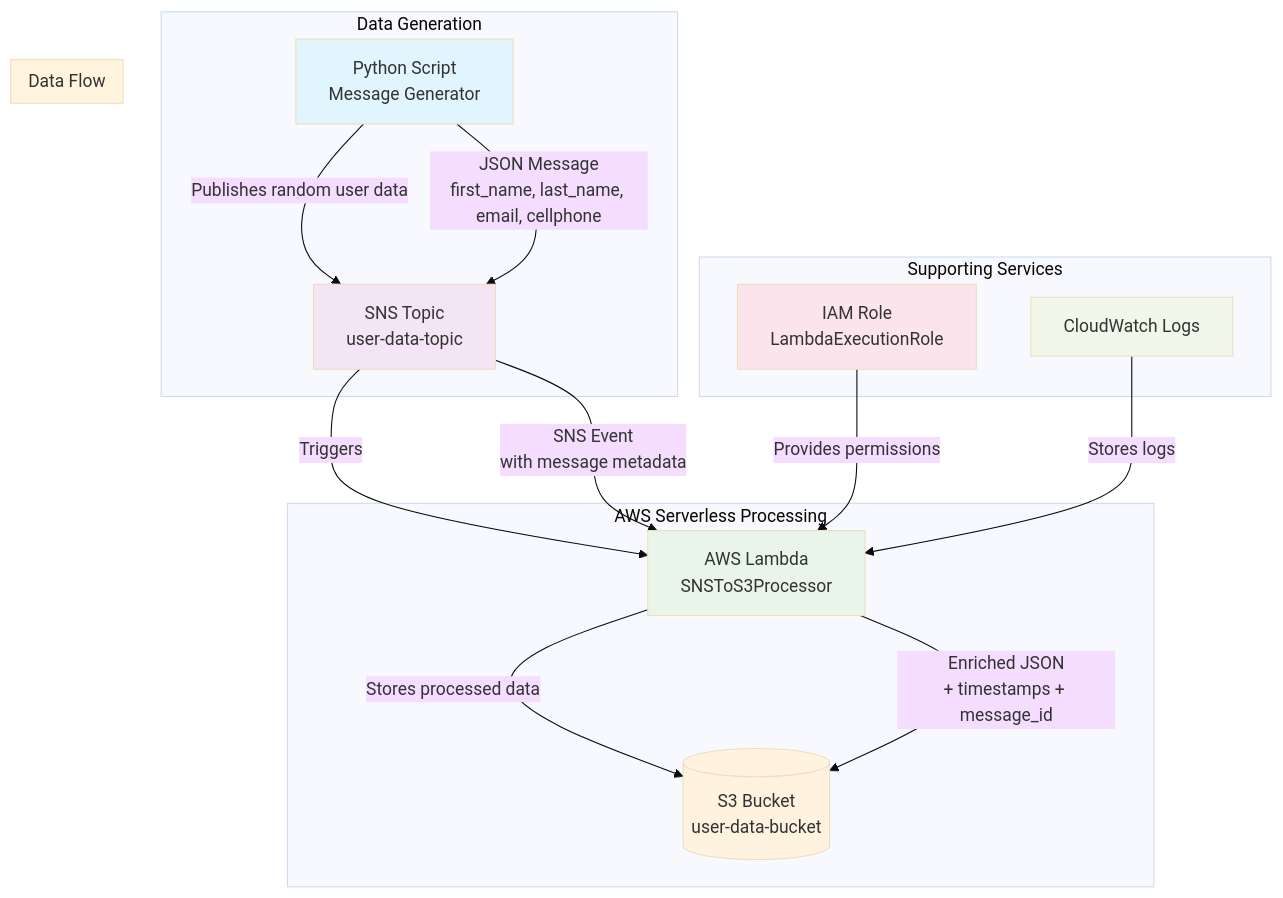
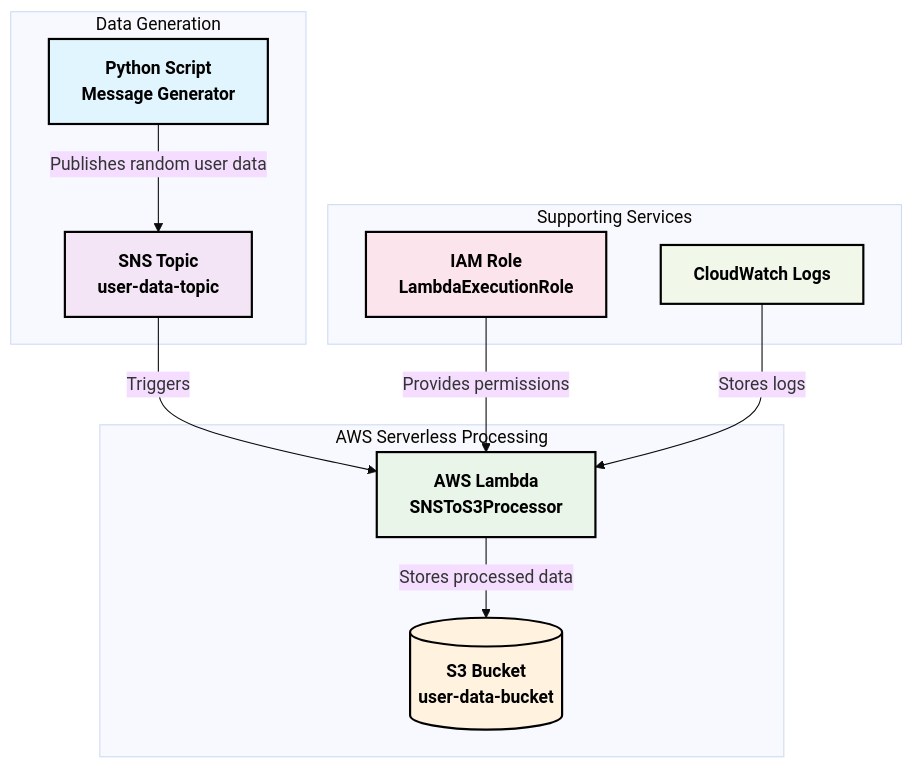
One commit to igornunespatricio/cloud-aws-jornada-de-dados changed the diagram in class14/README.md. Above: the diagram before and after it, drawn with Mermaid (base theme).

Commit message:
update readme class14

````diff
--- a/class14/README.md
+++ b/class14/README.md
@@ -109,29 +109,30 @@
 ```mermaid
 graph TB
+    classDef blackBold fill:#e1f5fe,color:#000000,stroke:#000000,stroke-width:2px,font-weight:bold
+    classDef blackBold2 fill:#f3e5f5,color:#000000,stroke:#000000,stroke-width:2px,font-weight:bold
+    classDef blackBold3 fill:#e8f5e8,color:#000000,stroke:#000000,stroke-width:2px,font-weight:bold
+    classDef blackBold4 fill:#fff3e0,color:#000000,stroke:#000000,stroke-width:2px,font-weight:bold
+    classDef blackBold5 fill:#fce4ec,color:#000000,stroke:#000000,stroke-width:2px,font-weight:bold
+    classDef blackBold6 fill:#f1f8e9,color:#000000,stroke:#000000,stroke-width:2px,font-weight:bold
+
     subgraph Data Generation
         A[Python Script<br/>Message Generator] -->|Publishes random user data| B[SNS Topic<br/>user-data-topic]
     end
 
     subgraph AWS Serverless Processing
         B -->|Triggers| C[AWS Lambda<br/>SNSToS3Processor]
         C -->|Stores processed data| D[(S3 Bucket<br/>user-data-bucket)]
     end
 
-    subgraph Data Flow
-        A -->|JSON Message<br/>first_name, last_name, email, cellphone| B
-        B -->|SNS Event<br/>with message metadata| C
-        C -->|Enriched JSON<br/>+ timestamps + message_id| D
-    end
-
     subgraph Supporting Services
         E[IAM Role<br/>LambdaExecutionRole] -->|Provides permissions| C
         F[CloudWatch Logs] -->|Stores logs| C
     end
 
-    style A fill:#e1f5fe
-    style B fill:#f3e5f5
-    style C fill:#e8f5e8
-    style D fill:#fff3e0
-    style E fill:#fce4ec
-    style F fill:#f1f8e9
+    class A blackBold
+    class B blackBold2
+    class C blackBold3
+    class D blackBold4
+    class E blackBold5
+    class F blackBold6
 ```
````
